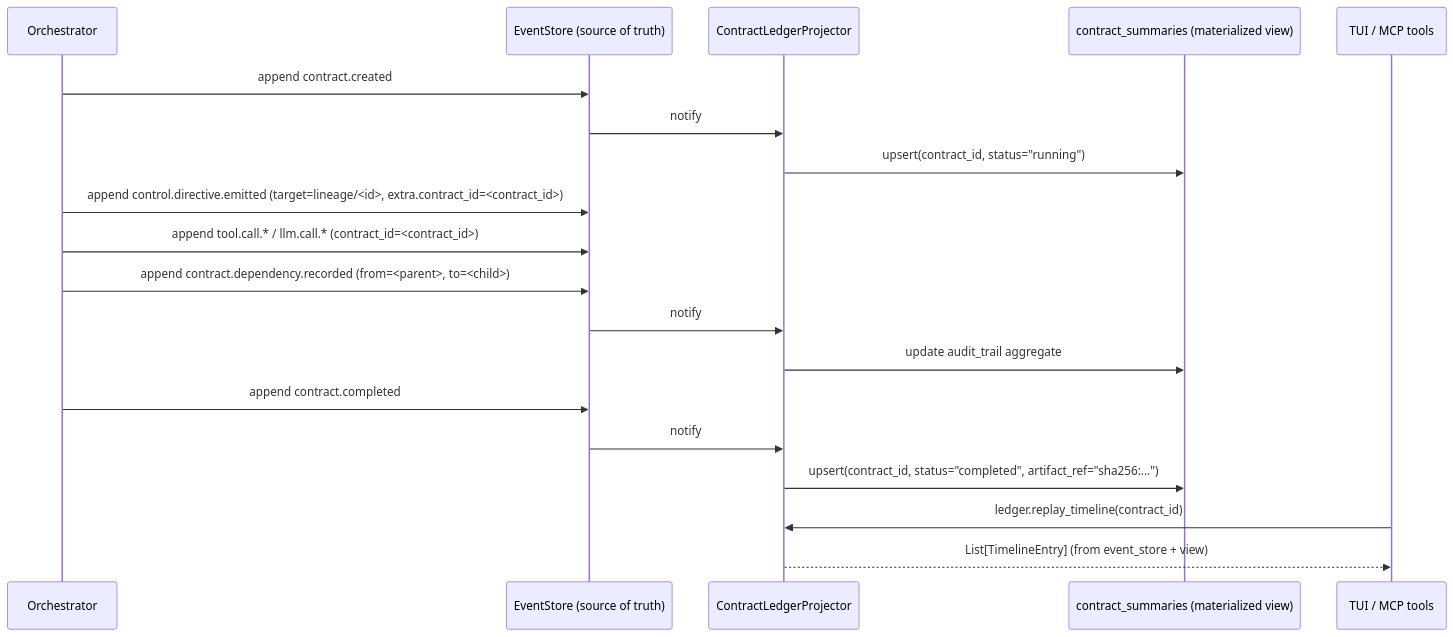
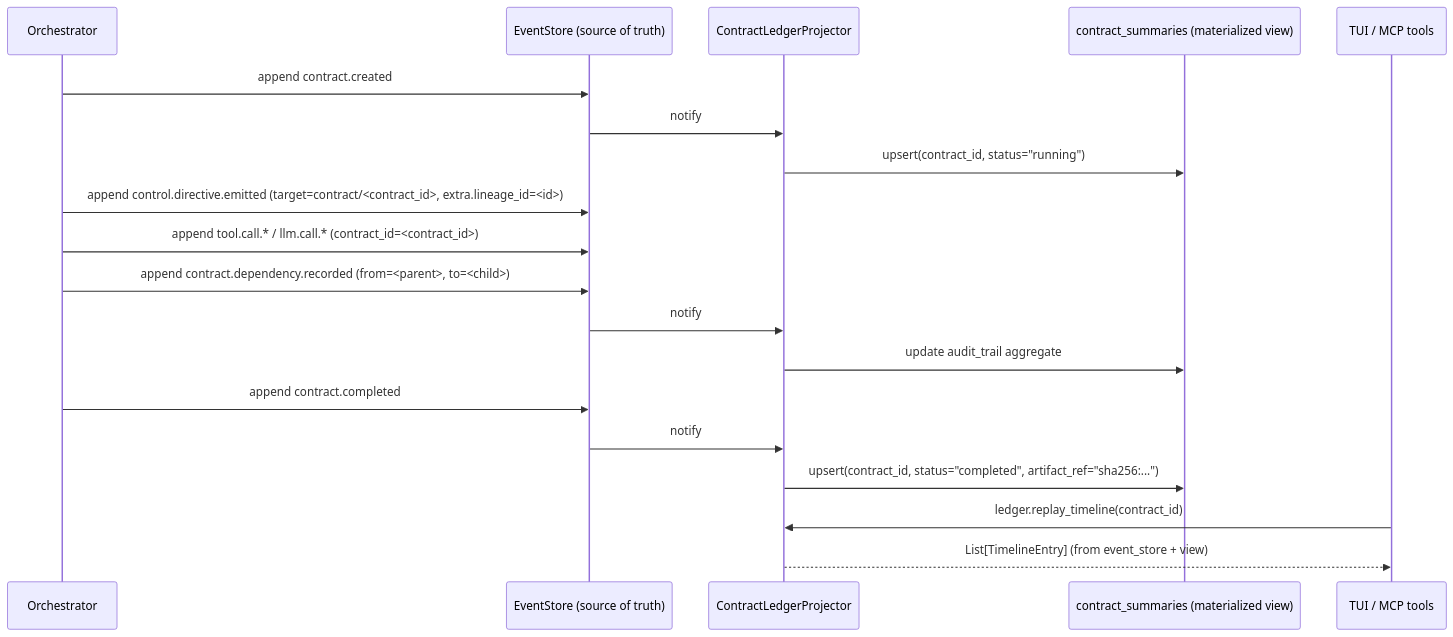
The second of 2 diagrams in docs/rfc/contract-ledger.md (Q00/ouroboros), drawn with Mermaid before and after one commit. The commit also changed other lines of this file, not shown here.

First line of the commit message:
Retarget contract decisions to contract aggregates

````diff
--- a/docs/rfc/contract-ledger.md
+++ b/docs/rfc/contract-ledger.md
@@ -249,22 +248,22 @@
 ```mermaid
 sequenceDiagram
     participant O as Orchestrator
     participant E as EventStore (source of truth)
     participant P as ContractLedgerProjector
     participant V as contract_summaries (materialized view)
     participant T as TUI / MCP tools
 
     O->>E: append contract.created
     E->>P: notify
     P->>V: upsert(contract_id, status="running")
-    O->>E: append control.directive.emitted (target=lineage/<id>, extra.contract_id=<contract_id>)
+    O->>E: append control.directive.emitted (target=contract/<contract_id>, extra.lineage_id=<id>)
     O->>E: append tool.call.* / llm.call.* (contract_id=<contract_id>)
     O->>E: append contract.dependency.recorded (from=<parent>, to=<child>)
     E->>P: notify
     P->>V: update audit_trail aggregate
     O->>E: append contract.completed
     E->>P: notify
     P->>V: upsert(contract_id, status="completed", artifact_ref="sha256:...")
     T->>P: ledger.replay_timeline(contract_id)
     P-->>T: List[TimelineEntry] (from event_store + view)
 ```
````
